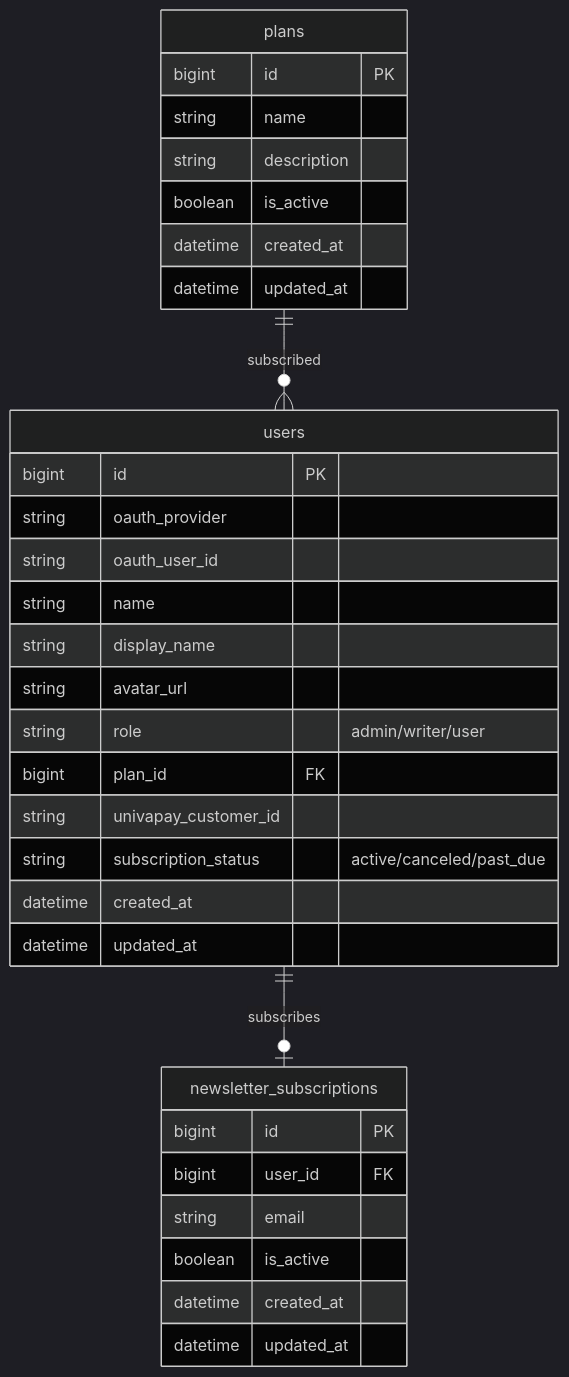
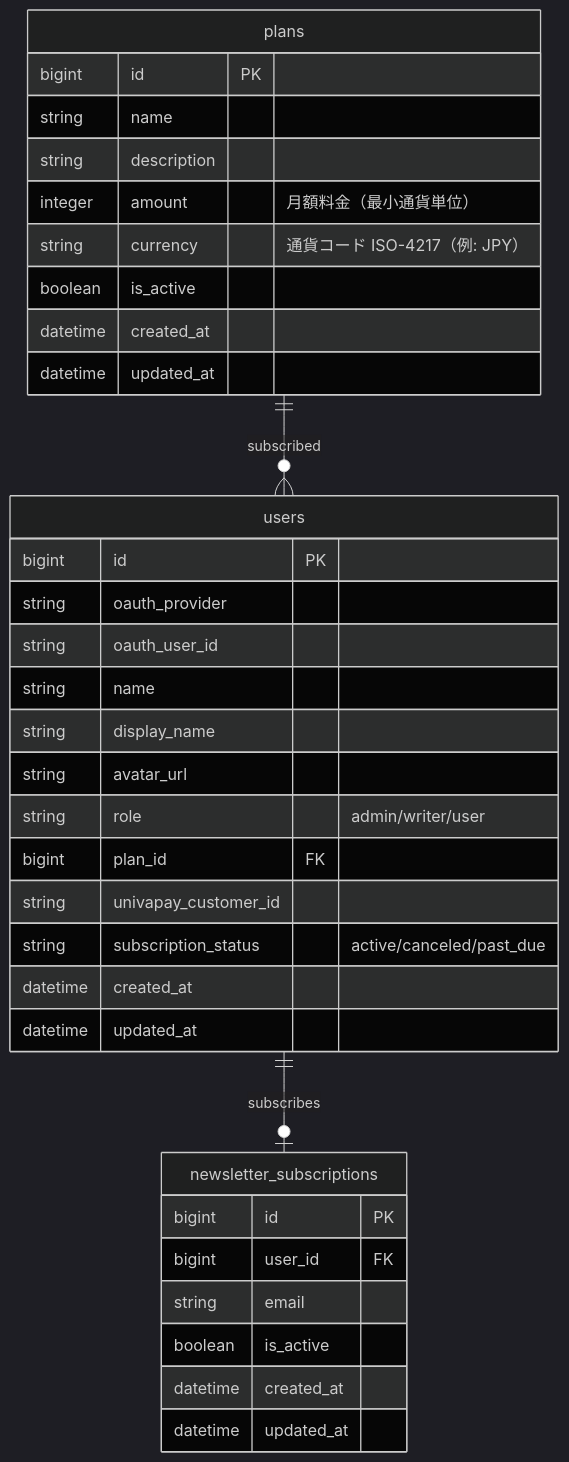
Before and after one commit to RRRRRRR-777/SikouLab: the first of 8 diagrams in docs/functions/settings/home.md, drawn with Mermaid (dark theme). The commit also changed 5 other files, not shown here.

````diff
--- a/docs/functions/settings/home.md
+++ b/docs/functions/settings/home.md
@@ -125,38 +125,40 @@
 ```mermaid
 erDiagram
     users {
         bigint id PK
         string oauth_provider
         string oauth_user_id
         string name
         string display_name
         string avatar_url
         string role "admin/writer/user"
         bigint plan_id FK
         string univapay_customer_id
         string subscription_status "active/canceled/past_due"
         datetime created_at
         datetime updated_at
     }
 
     plans {
         bigint id PK
         string name
         string description
+        integer amount "月額料金（最小通貨単位）"
+        string currency "通貨コード ISO-4217（例: JPY）"
         boolean is_active
         datetime created_at
         datetime updated_at
     }
 
     newsletter_subscriptions {
         bigint id PK
         bigint user_id FK
         string email
         boolean is_active
         datetime created_at
         datetime updated_at
     }
 
     plans ||--o{ users : "subscribed"
     users ||--o| newsletter_subscriptions : "subscribes"
 ```
````
